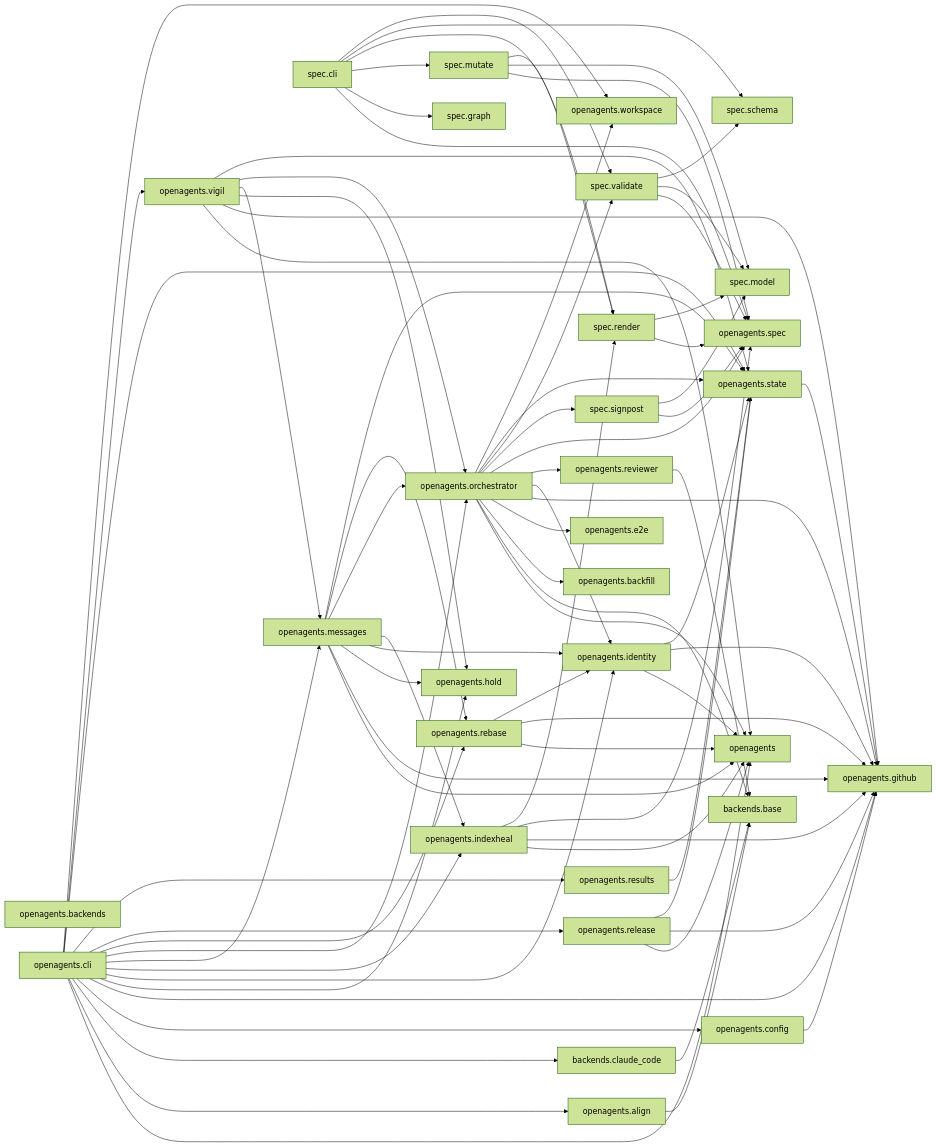
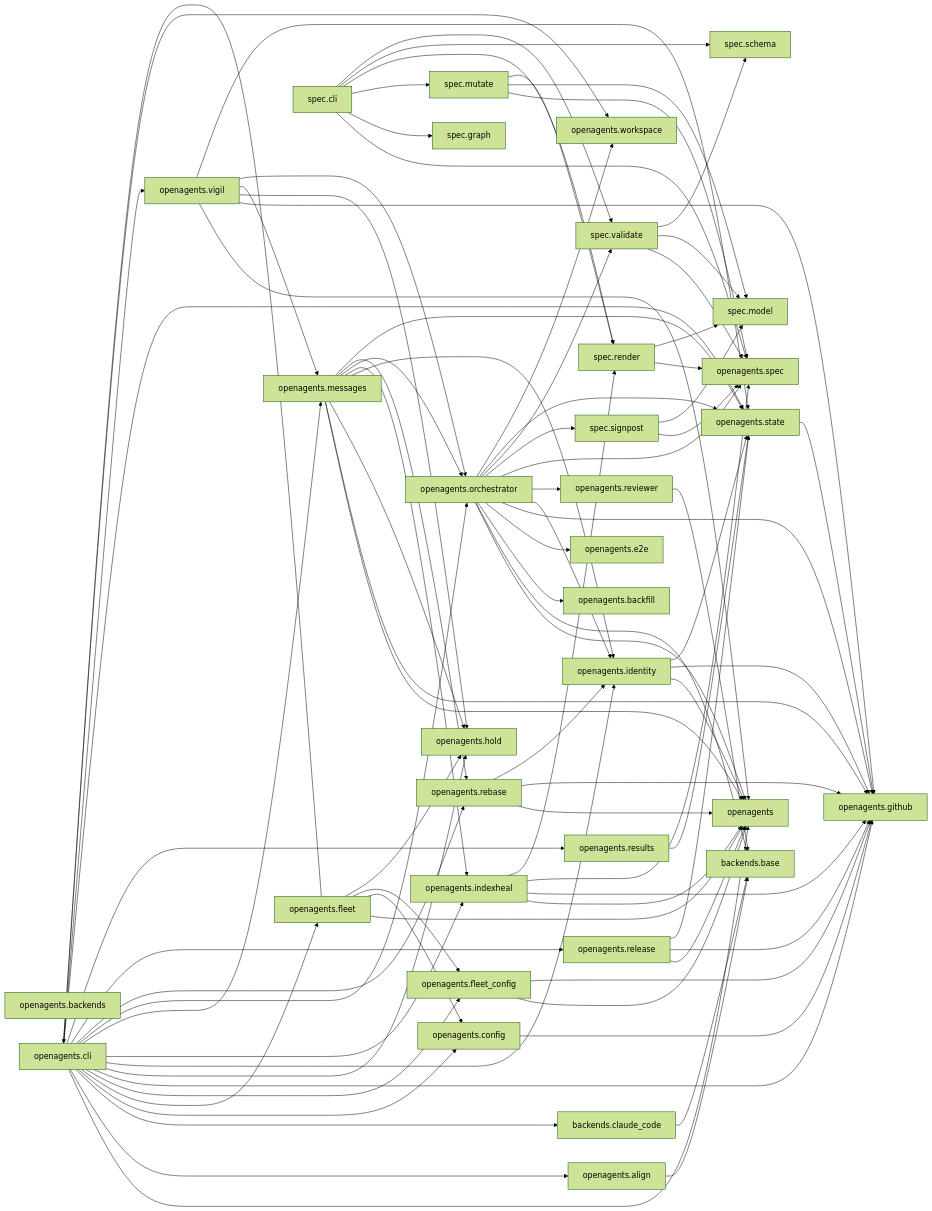
One commit to Curry09/OpenAgents changed the diagram in docs/specs/ARCHITECTURE.md. Above: the diagram before and after it, drawn with Mermaid (forest theme). The commit also changed other lines of this file and 9 other files, not shown here.

```diff
--- a/docs/specs/ARCHITECTURE.md
+++ b/docs/specs/ARCHITECTURE.md
@@ -69,6 +71,8 @@
     nopenagents_cli["openagents.cli"]
     nopenagents_config["openagents.config"]
     nopenagents_e2e["openagents.e2e"]
+    nopenagents_fleet["openagents.fleet"]
+    nopenagents_fleet_config["openagents.fleet_config"]
     nopenagents_github["openagents.github"]
     nopenagents_hold["openagents.hold"]
     nopenagents_identity["openagents.identity"]
@@ -97,6 +101,8 @@
     nopenagents_cli --> nopenagents_align
     nopenagents_cli --> nopenagents_backends_claude_code
     nopenagents_cli --> nopenagents_config
+    nopenagents_cli --> nopenagents_fleet
+    nopenagents_cli --> nopenagents_fleet_config
     nopenagents_cli --> nopenagents_github
     nopenagents_cli --> nopenagents_hold
     nopenagents_cli --> nopenagents_identity
@@ -110,6 +116,13 @@
     nopenagents_cli --> nopenagents_vigil
     nopenagents_cli --> nopenagents_workspace
     nopenagents_config --> nopenagents_github
+    nopenagents_fleet --> nopenagents
+    nopenagents_fleet --> nopenagents_cli
+    nopenagents_fleet --> nopenagents_config
+    nopenagents_fleet --> nopenagents_fleet_config
+    nopenagents_fleet --> nopenagents_hold
+    nopenagents_fleet_config --> nopenagents
+    nopenagents_fleet_config --> nopenagents_github
     nopenagents_identity --> nopenagents
     nopenagents_identity --> nopenagents_github
     nopenagents_identity --> nopenagents_state
```
